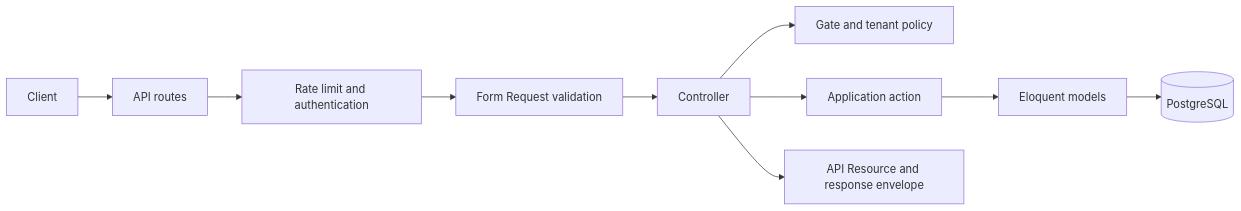
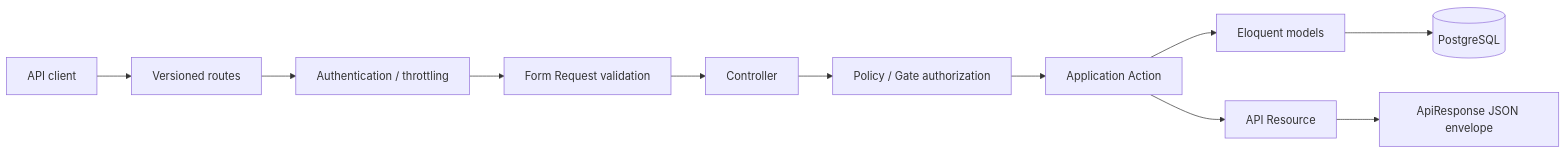
The first of 5 diagrams in docs/architecture/README.md (fathallah7/multi-tenant-helpdesk-saas), drawn with Mermaid before and after one commit. The commit also changed other lines of this file, not shown here.

Commit message:
Update architecture documentation to reflect current capabilities and planned features for tenant management and ticketing

````diff
--- a/docs/architecture/README.md
+++ b/docs/architecture/README.md
@@ -86,12 +107,13 @@
 ```mermaid
 flowchart LR
-    Client --> Routes[API routes]
-    Routes --> Middleware[Rate limit and authentication]
+    Client[API client] --> Routes[Versioned routes]
+    Routes --> Middleware[Authentication / throttling]
     Middleware --> Request[Form Request validation]
-    Request --> Controller
-    Controller --> Policy[Gate and tenant policy]
-    Controller --> Action[Application action]
+    Request --> Controller[Controller]
+    Controller --> Policy[Policy / Gate authorization]
+    Policy --> Action[Application Action]
     Action --> Models[Eloquent models]
-    Models --> Database[(PostgreSQL)]
-    Controller --> Response[API Resource and response envelope]
+    Models --> DB[(PostgreSQL)]
+    Action --> Resource[API Resource]
+    Resource --> Response[ApiResponse JSON envelope]
 ```
````
